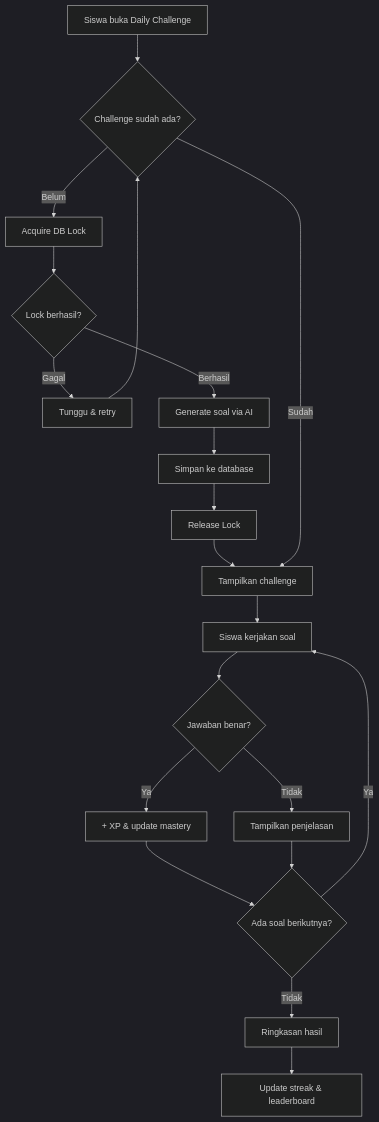
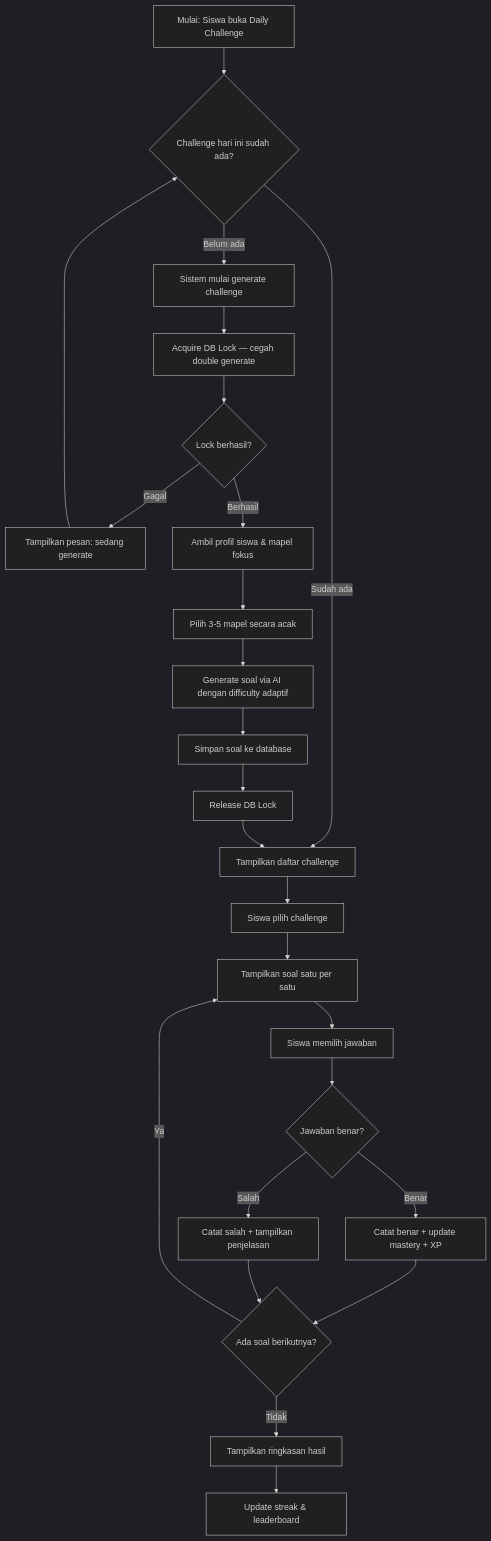
The diagram in proposal/diagrams/activity-daily-challenge.md (KyyTzy09/Pekan-IT-Spark-AI), drawn with Mermaid (dark theme) before and after one commit. The commit also changed 6 other files, not shown here.

Commit message:
docs: update proposal diagrams with consistent sizing

````diff
--- a/proposal/diagrams/activity-daily-challenge.md
+++ b/proposal/diagrams/activity-daily-challenge.md
@@ -1,26 +1,34 @@
 ```mermaid
 flowchart TD
-    A[Siswa buka Daily Challenge] --> B{Challenge sudah ada?}
+    A[Mulai: Siswa buka Daily Challenge] --> B{Challenge hari ini sudah ada?}
 
-    B -->|Belum| C[Acquire DB Lock]
-    C --> D{Lock berhasil?}
-    D -->|Gagal| E[Tunggu & retry]
-    E --> B
-    D -->|Berhasil| F[Generate soal via AI]
-    F --> G[Simpan ke database]
-    G --> H[Release Lock]
-    H --> I[Tampilkan challenge]
+    B -->|Belum ada| C[Sistem mulai generate challenge]
+    B -->|Sudah ada| M[Tampilkan daftar challenge]
 
-    B -->|Sudah| I
+    C --> D[Acquire DB Lock — cegah double generate]
+    D --> E{Lock berhasil?}
+    E -->|Gagal| F[Tampilkan pesan: sedang generate]
+    F --> B
+    E -->|Berhasil| G[Ambil profil siswa & mapel fokus]
 
-    I --> J[Siswa kerjakan soal]
-    J --> K{Jawaban benar?}
-    K -->|Ya| L[+ XP & update mastery]
-    K -->|Tidak| M[Tampilkan penjelasan]
-    L --> N{Ada soal berikutnya?}
-    M --> N
+    G --> H[Pilih 3-5 mapel secara acak]
+    H --> I[Generate soal via AI dengan difficulty adaptif]
+    I --> J[Simpan soal ke database]
+    J --> K[Release DB Lock]
+    K --> M
 
-    N -->|Ya| J
-    N -->|Tidak| O[Ringkasan hasil]
-    O --> P[Update streak & leaderboard]
+    M --> N[Siswa pilih challenge]
+    N --> O[Tampilkan soal satu per satu]
+    O --> P[Siswa memilih jawaban]
+    P --> Q{Jawaban benar?}
+
+    Q -->|Benar| R[Catat benar + update mastery + XP]
+    Q -->|Salah| S[Catat salah + tampilkan penjelasan]
+
+    R --> T{Ada soal berikutnya?}
+    S --> T
+
+    T -->|Ya| O
+    T -->|Tidak| U[Tampilkan ringkasan hasil]
+    U --> V[Update streak & leaderboard]
 ```
````
